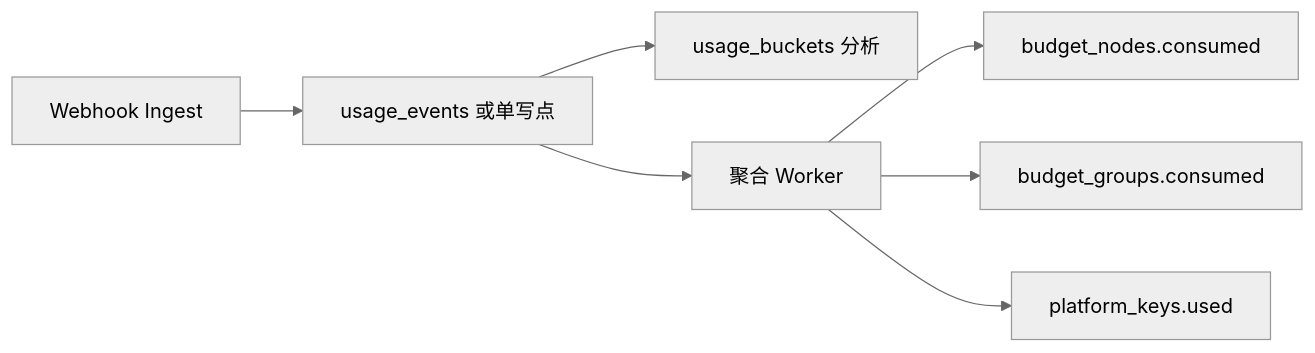
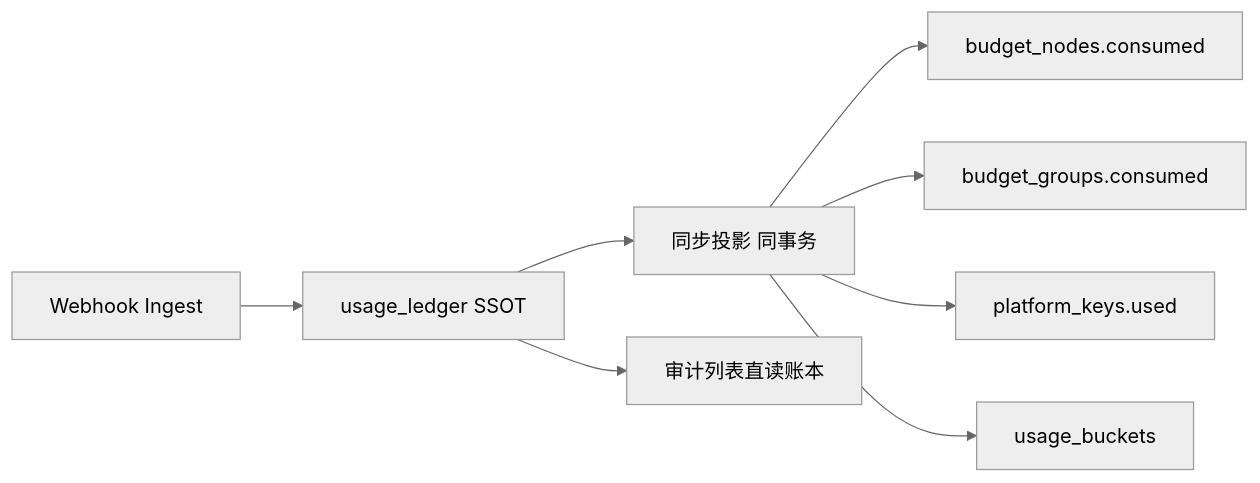
Before and after one commit to quyip8818/mytokenjoy: the second of 4 diagrams in docs/Backend-存储实体优化.md, drawn with Mermaid (neutral theme). The commit also changed other lines of this file and 5 other files, not shown here.

````diff
--- a/docs/Backend-存储实体优化.md
+++ b/docs/Backend-存储实体优化.md
@@ -150,9 +127,10 @@
 ```mermaid
 flowchart LR
-  WH[Webhook Ingest] --> EV[usage_events 或单写点]
-  EV --> UB[usage_buckets 分析]
-  EV --> AGG[聚合 Worker]
+  WH[Webhook Ingest] --> EV[usage_ledger SSOT]
+  EV --> AGG[同步投影 同事务]
   AGG --> BN[budget_nodes.consumed]
   AGG --> BG[budget_groups.consumed]
   AGG --> PK[platform_keys.used]
+  AGG --> UB[usage_buckets]
+  EV --> AUD[审计列表直读账本]
 ```
````
